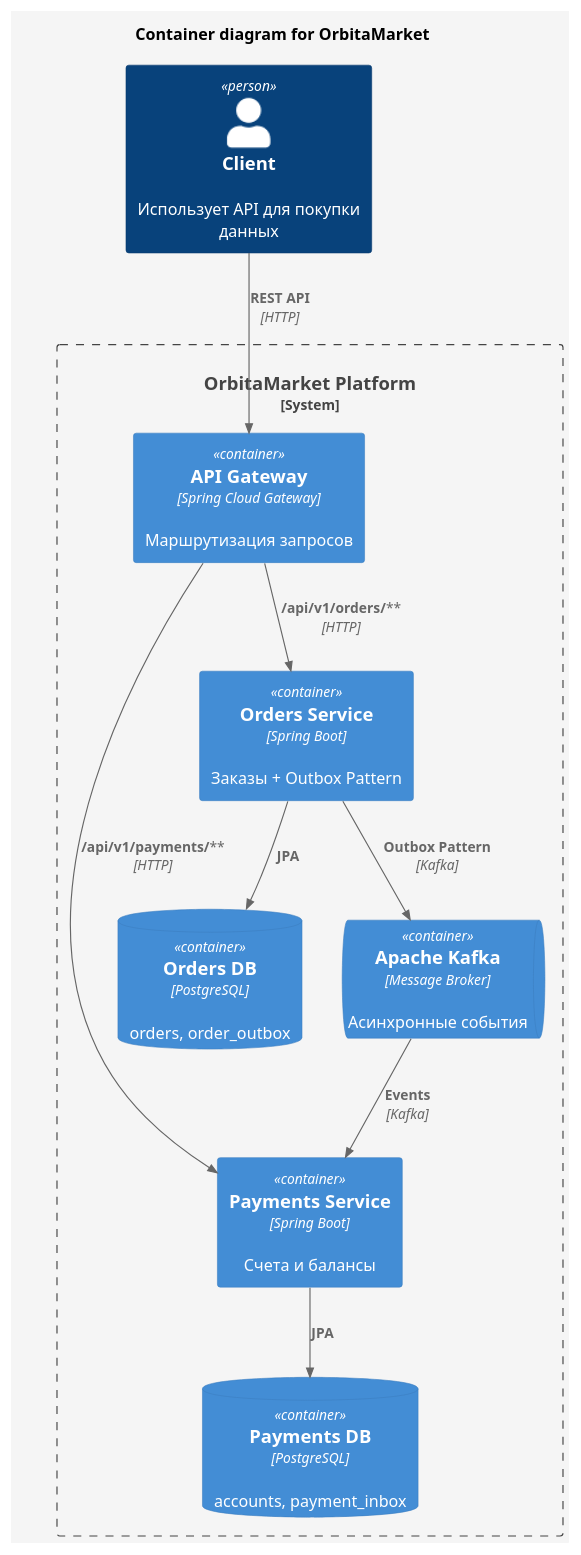
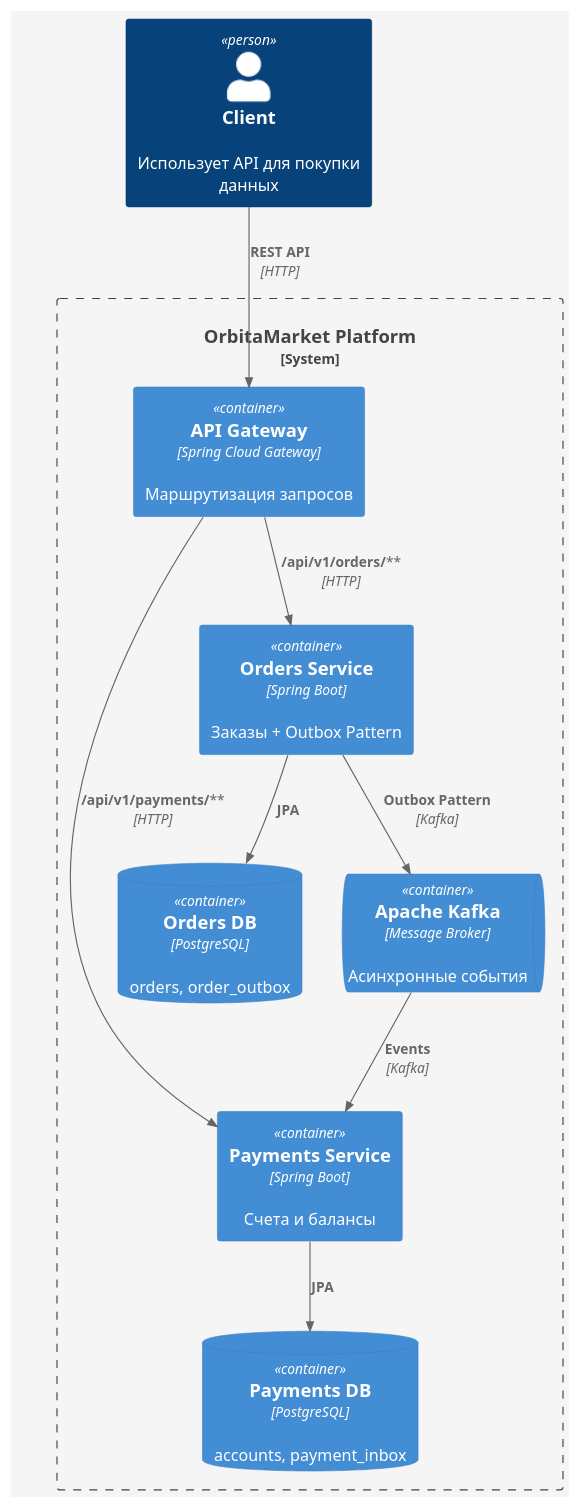
The diagram in docs/C4-container.puml (Nikita20q/OrbitaMarket), drawn with PlantUML before and after one commit. The commit also changed 2 other files, not shown here.

```diff
--- a/docs/C4-container.puml
+++ b/docs/C4-container.puml
@@ -1,30 +1,28 @@
 @startuml
 !include https://raw.githubusercontent.com/plantuml-stdlib/C4-PlantUML/master/C4_Container.puml
-
-title Container diagram for OrbitaMarket
 
 skinparam backgroundColor #F5F5F5
 
 Person(client, "Client", "Использует API для покупки данных")
 
 System_Boundary(orbitamarket, "OrbitaMarket Platform") {
     Container(gateway, "API Gateway", "Spring Cloud Gateway", "Маршрутизация запросов")
     
     Container(payments, "Payments Service", "Spring Boot", "Счета и балансы")
     Container(orders, "Orders Service", "Spring Boot", "Заказы + Outbox Pattern")
     
     ContainerDb(payments_db, "Payments DB", "PostgreSQL", "accounts, payment_inbox")
     ContainerDb(orders_db, "Orders DB", "PostgreSQL", "orders, order_outbox")
     
     ContainerQueue(kafka, "Apache Kafka", "Message Broker", "Асинхронные события")
 }
 
 Rel(client, gateway, "REST API", "HTTP")
 Rel(gateway, payments, "/api/v1/payments/**", "HTTP")
 Rel(gateway, orders, "/api/v1/orders/**", "HTTP")
 Rel(payments, payments_db, "JPA")
 Rel(orders, orders_db, "JPA")
 Rel(orders, kafka, "Outbox Pattern", "Kafka")
 Rel(kafka, payments, "Events", "Kafka")
 
 @enduml
```
